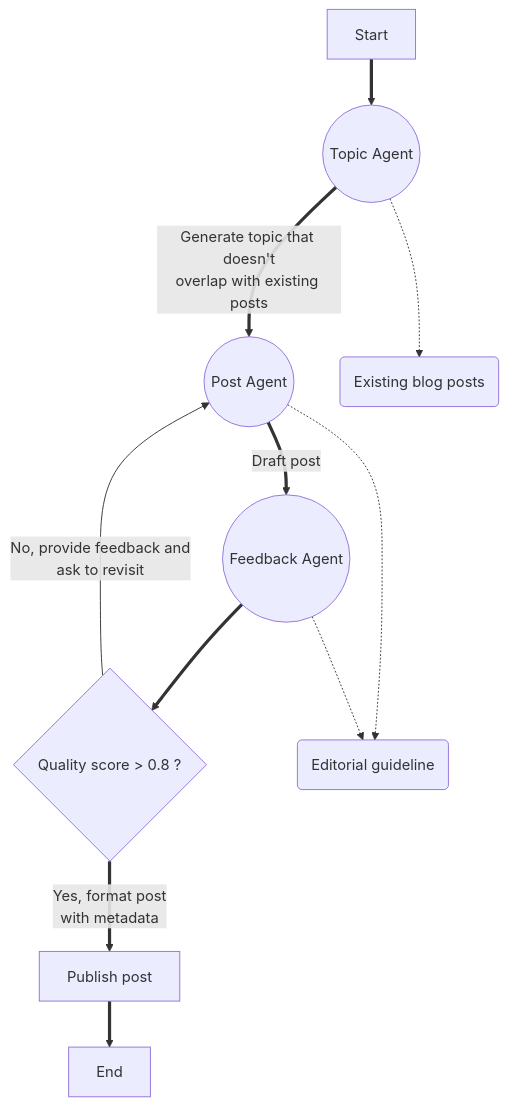
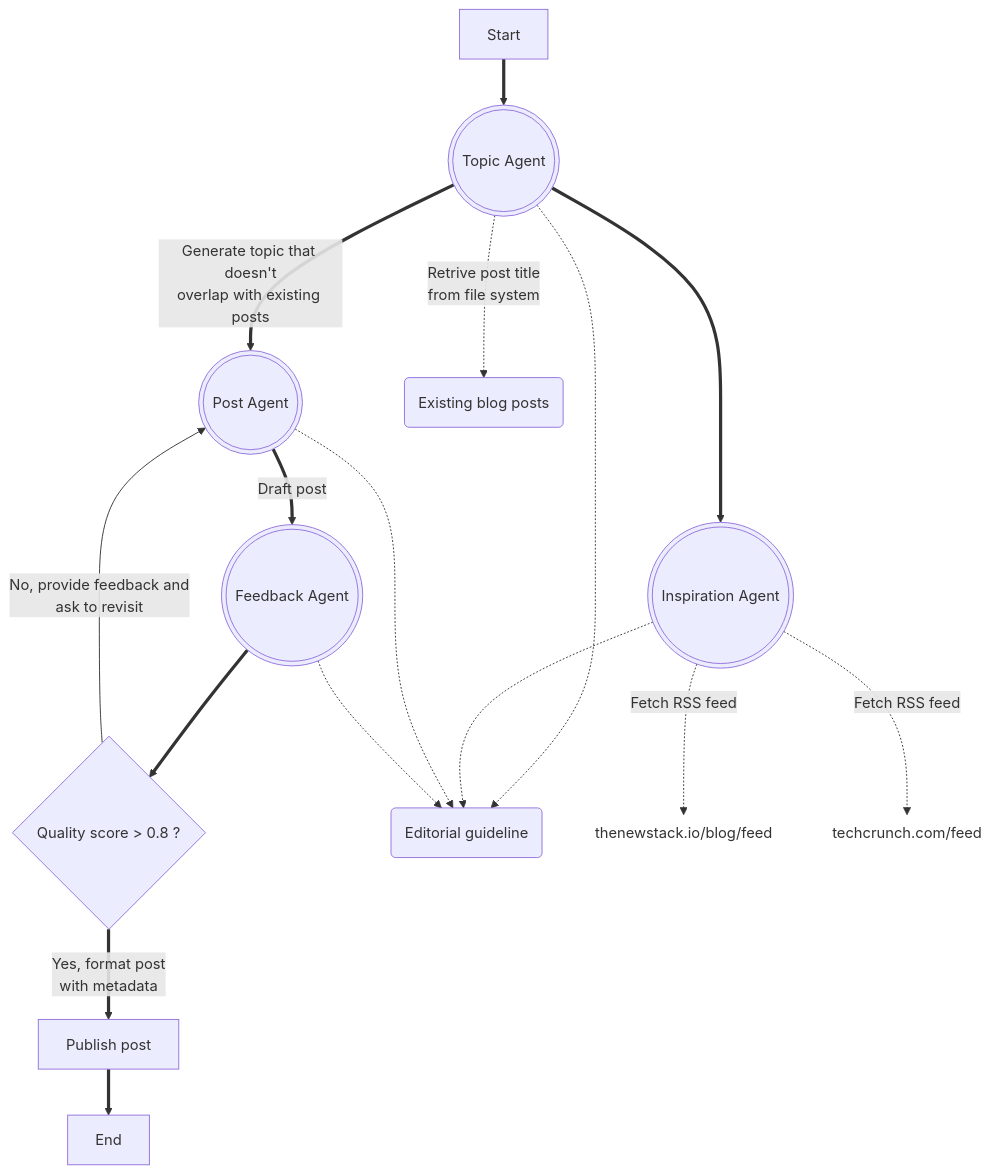
The diagram in README.md (etiennetremel/ai-generated-blog), drawn with Mermaid before and after one commit. The commit also changed 9 other files, not shown here.

Commit message:
feat: add inspiration agent

````diff
--- a/README.md
+++ b/README.md
@@ -19,23 +19,31 @@
 ```mermaid
 flowchart TD
-    A[Start]
-    B((Topic Agent))
-    C((Post Agent))
-    D((Feedback Agent))
-    E{Quality score > 0.8 ?}
-    F(Editorial guideline)
-    G[Publish post]
-    H[End]
-    I(Existing blog posts)
+    Start[Start]
+    Topic(((Topic Agent)))
+    Inspiration(((Inspiration Agent)))
+    Post(((Post Agent)))
+    Feedback(((Feedback Agent)))
+    QualityCondition{Quality score > 0.8 ?}
+    EditorialGuideline(Editorial guideline)
+    Publish[Publish post]
+    End[End]
+    ExistingBlogPosts(Existing blog posts)
+    TNS@{ shape: text, label: "thenewstack.io/blog/feed"}
+    TC@{ shape: text, label: "techcrunch.com/feed"}
 
-    A ==> B
-    B -.-> I
-    B == Generate topic that doesn't<br>overlap with existing posts ==> C
-    C == Draft post ==> D
-    C -.-> F
-    D -.-> F
-    D ==> E
-    E == Yes, format post<br>with metadata ==> G
-    E -- No, provide feedback and<br>ask to revisit --> C
-    G ==> H
+    Start ==> Topic
+    Topic -.-> EditorialGuideline
+    Topic -. Retrive post title<br>from file system .-> ExistingBlogPosts
+    Topic ==> Inspiration
+    Inspiration -.-> EditorialGuideline
+    Inspiration -. Fetch RSS feed .-> TNS
+    Inspiration -. Fetch RSS feed .-> TC
+    Topic == Generate topic that doesn't<br>overlap with existing posts ==> Post
+    Post == Draft post ==> Feedback
+    Post -.-> EditorialGuideline
+    Feedback -.-> EditorialGuideline
+    Feedback ==> QualityCondition
+    QualityCondition == Yes, format post<br>with metadata ==> Publish
+    QualityCondition -- No, provide feedback and<br>ask to revisit --> Post
+    Publish ==> End
 ```
````
